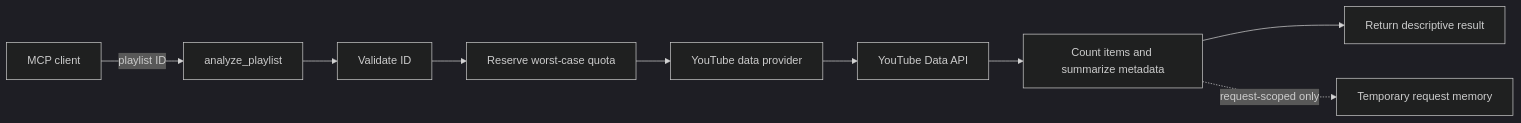
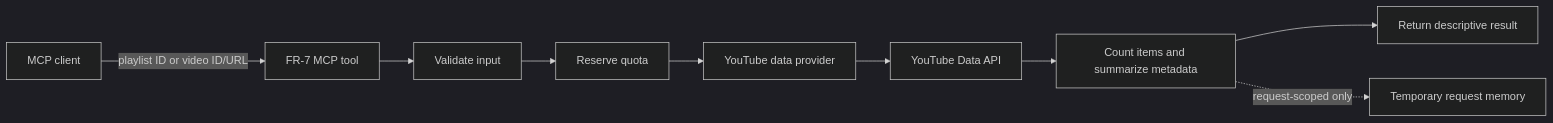
Before and after one commit to Tharunqi/Yt_MCP: the first of 3 diagrams in brain/tharun/projects/fr7-playlist-analysis.md, drawn with Mermaid (dark theme). The commit also changed other lines of this file and 18 other files, not shown here.

````diff
--- a/brain/tharun/projects/fr7-playlist-analysis.md
+++ b/brain/tharun/projects/fr7-playlist-analysis.md
@@ -34,11 +37,11 @@
 ```mermaid
 flowchart LR
-    Host[MCP client] -->|playlist ID| Tool[analyze_playlist]
-    Tool --> Validate[Validate ID]
-    Validate --> Quota[Reserve worst-case quota]
+    Host[MCP client] -->|playlist ID or video ID/URL| Tool[FR-7 MCP tool]
+    Tool --> Validate[Validate input]
+    Validate --> Quota[Reserve quota]
     Quota --> Provider[YouTube data provider]
     Provider --> API[YouTube Data API]
     API --> Analysis[Count items and summarize metadata]
     Analysis --> Result[Return descriptive result]
     Analysis -. request-scoped only .-> Memory[Temporary request memory]
 ```
````
